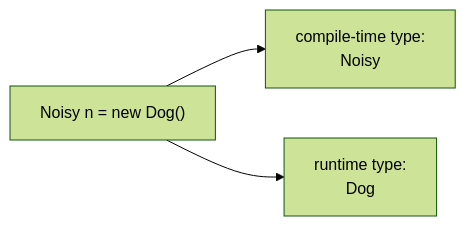
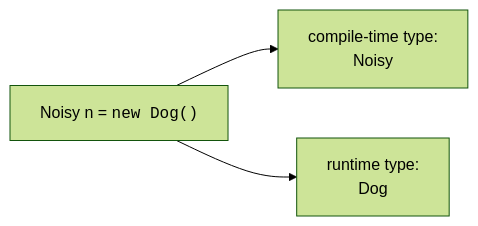
Before and after one commit to dataslope/dataslope: the second of 5 diagrams in content/courses/oop-blueprint-java/polymorphism.mdx, drawn with Mermaid (forest theme). The commit also changed other lines of this file and 65 other files, not shown here.

First line of the commit message:
Set code in every mermaid label in the mono face

````diff
--- a/content/courses/oop-blueprint-java/polymorphism.mdx
+++ b/content/courses/oop-blueprint-java/polymorphism.mdx
@@ -63,5 +63,5 @@
 ```mermaid
 flowchart LR
-    V["Noisy n = new Dog()"] --> CT["compile-time type:<br/>Noisy"]
+    V["Noisy n = <code>new Dog()</code>"] --> CT["compile-time type:<br/>Noisy"]
     V --> RT["runtime type:<br/>Dog"]
 ```
````
